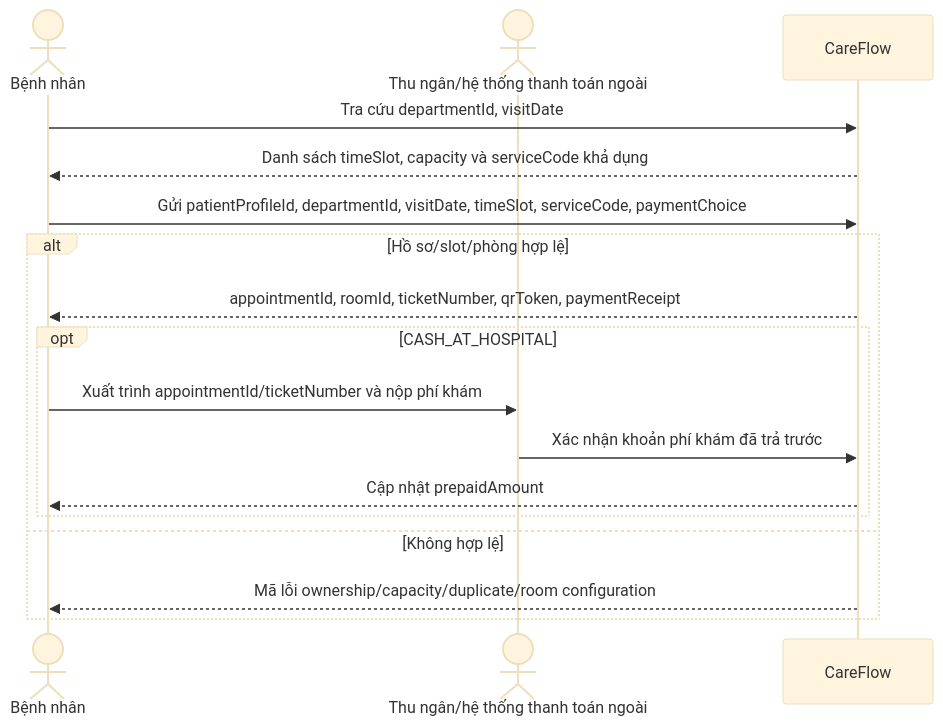
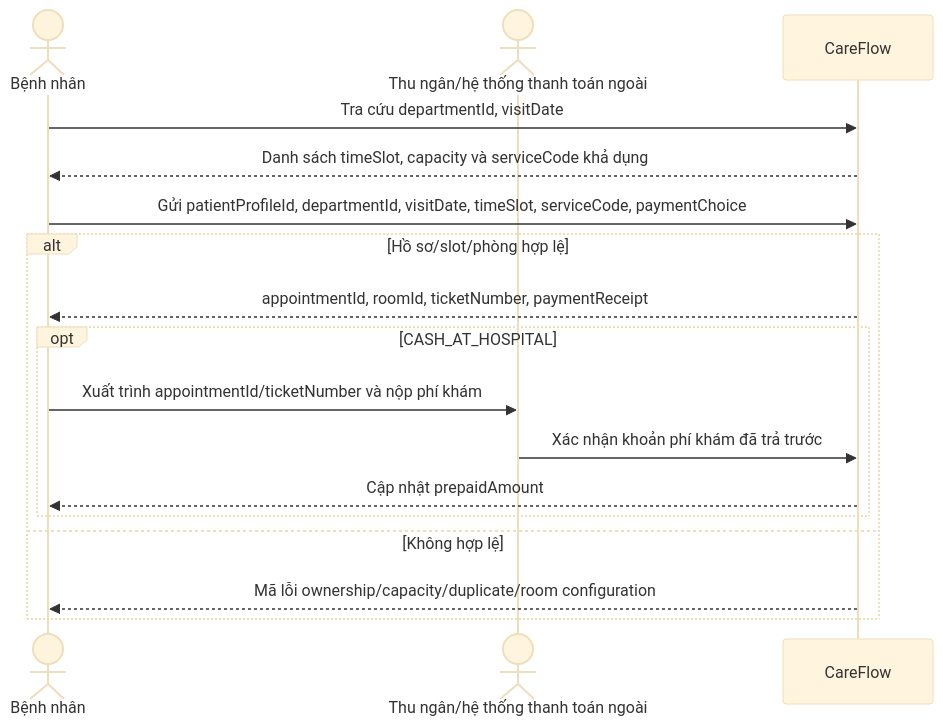
One commit to ntkhai268/careflow changed the third of 20 diagrams in docs/report/chapter-03-analysis-and-design.md. Above: the diagram before and after it, drawn with Mermaid (base theme). The commit also changed other lines of this file and 38 other files, not shown here.

Commit message:
docs: update report and QR check-in flow

````diff
--- a/docs/report/chapter-03-analysis-and-design.md
+++ b/docs/report/chapter-03-analysis-and-design.md
@@ -381,19 +458,19 @@
 ```mermaid
 sequenceDiagram
     actor BN as Bệnh nhân
     actor TT as Thu ngân/hệ thống thanh toán ngoài
     participant CF as CareFlow
     BN->>CF: Tra cứu departmentId, visitDate
     CF-->>BN: Danh sách timeSlot, capacity và serviceCode khả dụng
     BN->>CF: Gửi patientProfileId, departmentId, visitDate, timeSlot, serviceCode, paymentChoice
     alt Hồ sơ/slot/phòng hợp lệ
-        CF-->>BN: appointmentId, roomId, ticketNumber, qrToken, paymentReceipt
+        CF-->>BN: appointmentId, roomId, ticketNumber, paymentReceipt
         opt CASH_AT_HOSPITAL
             BN->>TT: Xuất trình appointmentId/ticketNumber và nộp phí khám
             TT->>CF: Xác nhận khoản phí khám đã trả trước
             CF-->>BN: Cập nhật prepaidAmount
         end
     else Không hợp lệ
         CF-->>BN: Mã lỗi ownership/capacity/duplicate/room configuration
     end
 ```
````
